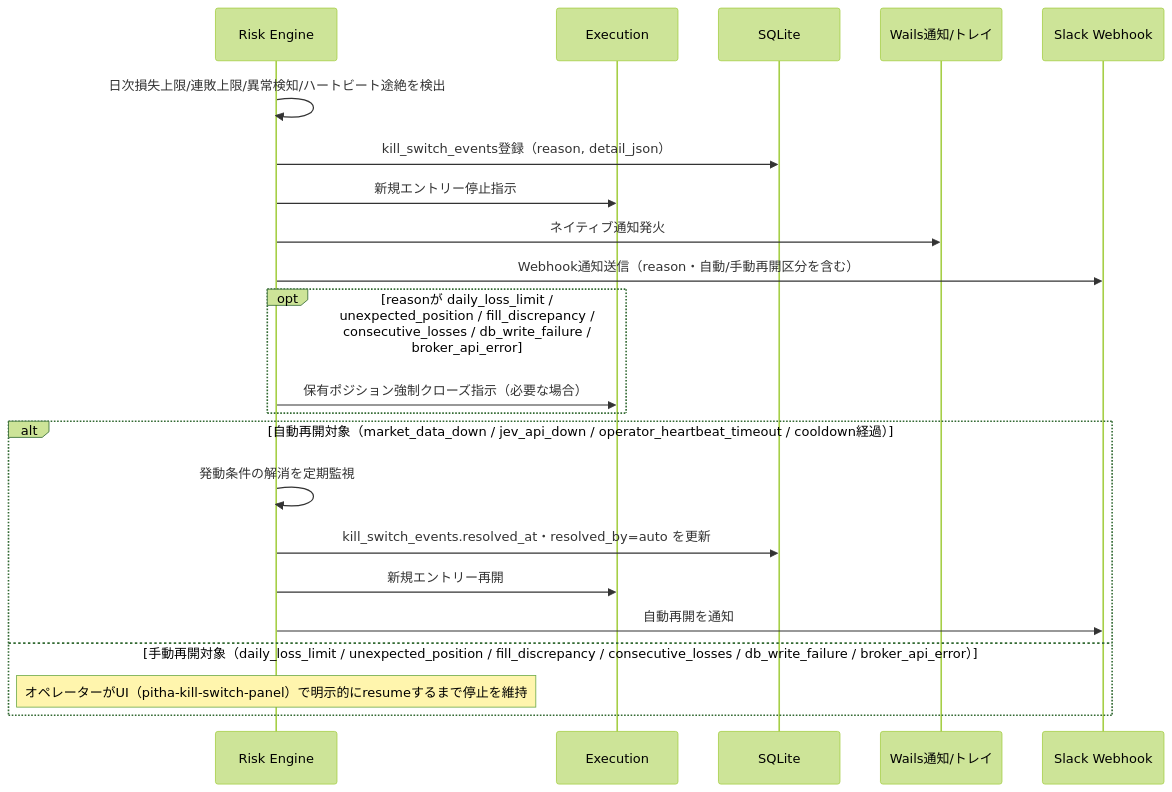
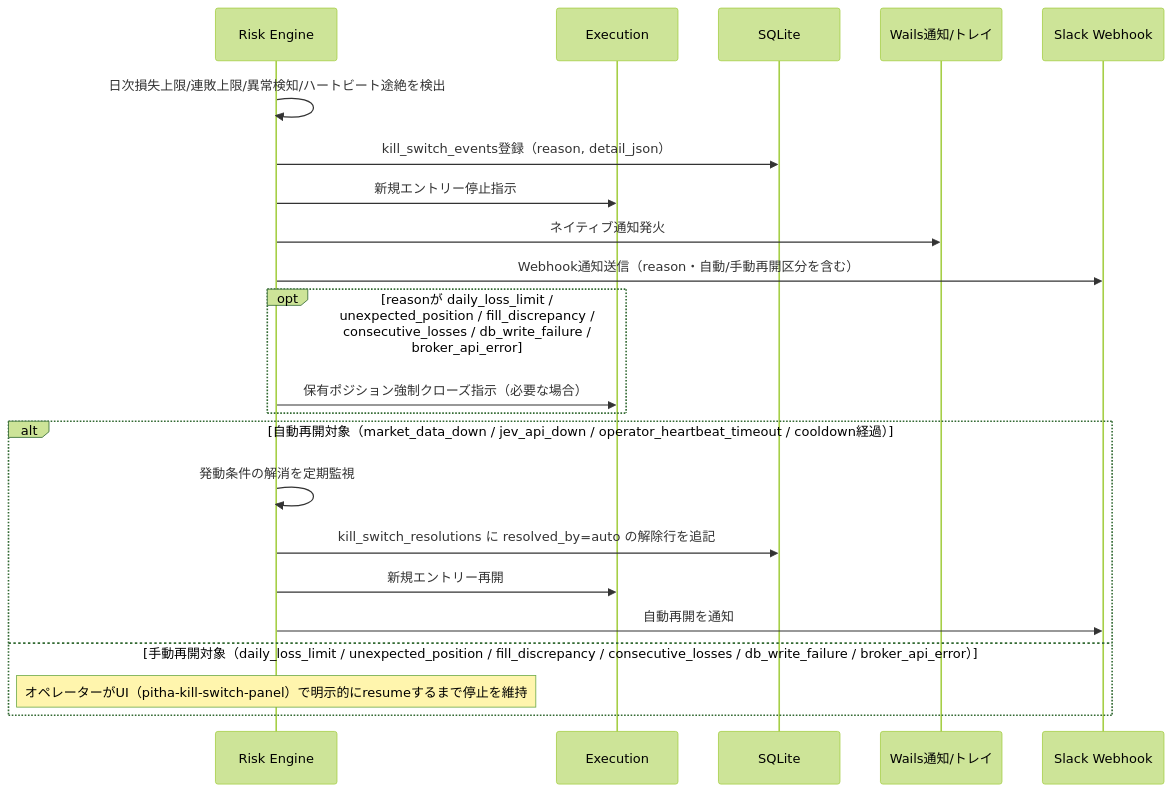
One commit to ousiassllc/pitha-trador changed the fifth of 8 diagrams in docs/architecture/overview.md. Above: the diagram before and after it, drawn with Mermaid (forest theme). The commit also changed 11 other files, not shown here.

First line of the commit message:
fix: kill_switch_eventsを追記専用の監査ログにしERへsecretsを追記

````diff
--- a/docs/architecture/overview.md
+++ b/docs/architecture/overview.md
@@ -284,25 +284,25 @@
 ```mermaid
 sequenceDiagram
     participant RE as Risk Engine
     participant EX as Execution
     participant DB as SQLite
     participant TRAY as Wails通知/トレイ
     participant SLACK as Slack Webhook
 
     RE->>RE: 日次損失上限/連敗上限/異常検知/ハートビート途絶を検出
     RE->>DB: kill_switch_events登録（reason, detail_json）
     RE->>EX: 新規エントリー停止指示
     RE->>TRAY: ネイティブ通知発火
     RE->>SLACK: Webhook通知送信（reason・自動/手動再開区分を含む）
     opt reasonが daily_loss_limit / unexpected_position / fill_discrepancy / consecutive_losses / db_write_failure / broker_api_error
         RE->>EX: 保有ポジション強制クローズ指示（必要な場合）
     end
     alt 自動再開対象（market_data_down / jev_api_down / operator_heartbeat_timeout / cooldown経過）
         RE->>RE: 発動条件の解消を定期監視
-        RE->>DB: kill_switch_events.resolved_at・resolved_by=auto を更新
+        RE->>DB: kill_switch_resolutions に resolved_by=auto の解除行を追記
         RE->>EX: 新規エントリー再開
         RE->>SLACK: 自動再開を通知
     else 手動再開対象（daily_loss_limit / unexpected_position / fill_discrepancy / consecutive_losses / db_write_failure / broker_api_error）
         Note over RE: オペレーターがUI（pitha-kill-switch-panel）で明示的にresumeするまで停止を維持
     end
 ```
````
